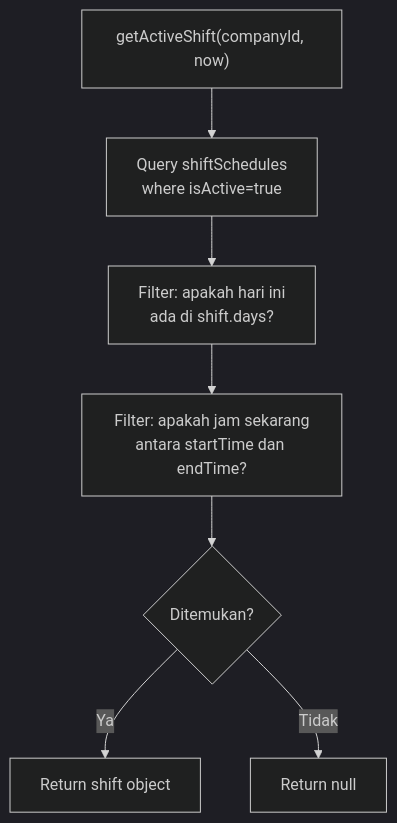
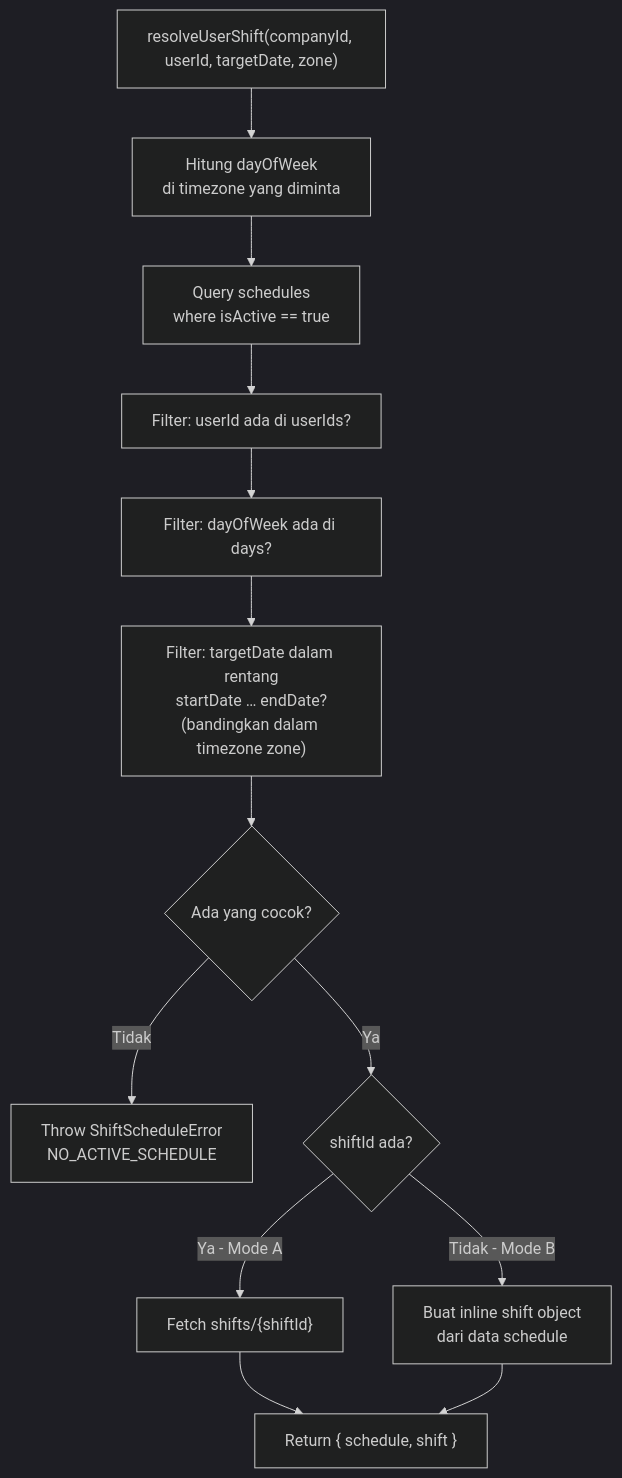
The diagram in docs-site/docs/helper/shiftScheduleService.md (Doni354/HORA-APIs), drawn with Mermaid (dark theme) before and after one commit. The commit also changed other lines of this file and 1 other file, not shown here.

First line of the commit message:
fix(shiftScheduleService): timezone-aware date comparison for schedule range

````diff
--- a/docs-site/docs/helper/shiftScheduleService.md
+++ b/docs-site/docs/helper/shiftScheduleService.md
@@ -26,9 +93,15 @@
 ```mermaid
 flowchart TD
-    A["getActiveShift(companyId, now)"] --> B["Query shiftSchedules\nwhere isActive=true"]
-    B --> C["Filter: apakah hari ini\nada di shift.days?"]
-    C --> D["Filter: apakah jam sekarang\nantara startTime dan endTime?"]
-    D --> E{Ditemukan?}
-    E -->|Ya| F["Return shift object"]
-    E -->|Tidak| G["Return null"]
+    A["resolveUserShift(companyId, userId, targetDate, zone)"] --> B["Hitung dayOfWeek\ndi timezone yang diminta"]
+    B --> C["Query schedules\nwhere isActive == true"]
+    C --> D["Filter: userId ada di userIds?"]
+    D --> E["Filter: dayOfWeek ada di days?"]
+    E --> F["Filter: targetDate dalam rentang\nstartDate … endDate?\n(bandingkan dalam timezone zone)"]
+    F --> G{Ada yang cocok?}
+    G -->|Tidak| H["Throw ShiftScheduleError\nNO_ACTIVE_SCHEDULE"]
+    G -->|Ya| I{shiftId ada?}
+    I -->|Ya - Mode A| J["Fetch shifts/{shiftId}"]
+    I -->|Tidak - Mode B| K["Buat inline shift object\ndari data schedule"]
+    J --> L["Return { schedule, shift }"]
+    K --> L
 ```
````
